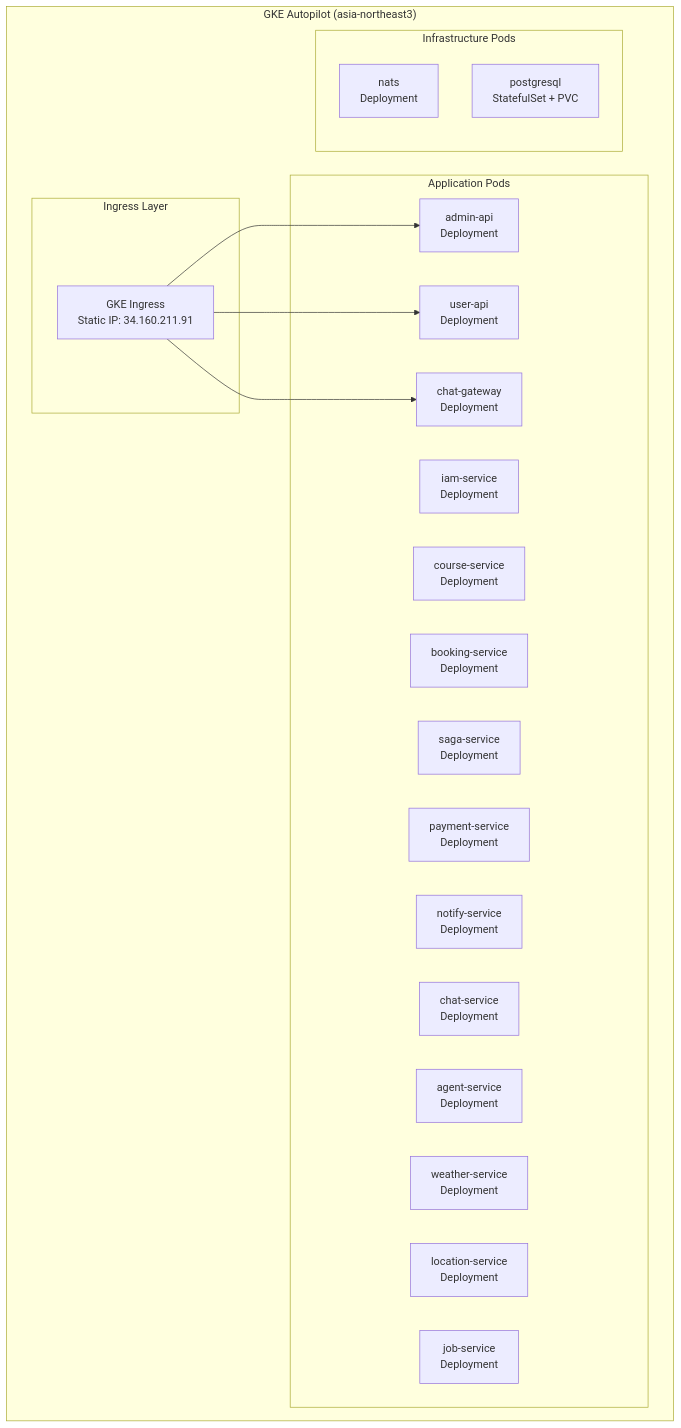
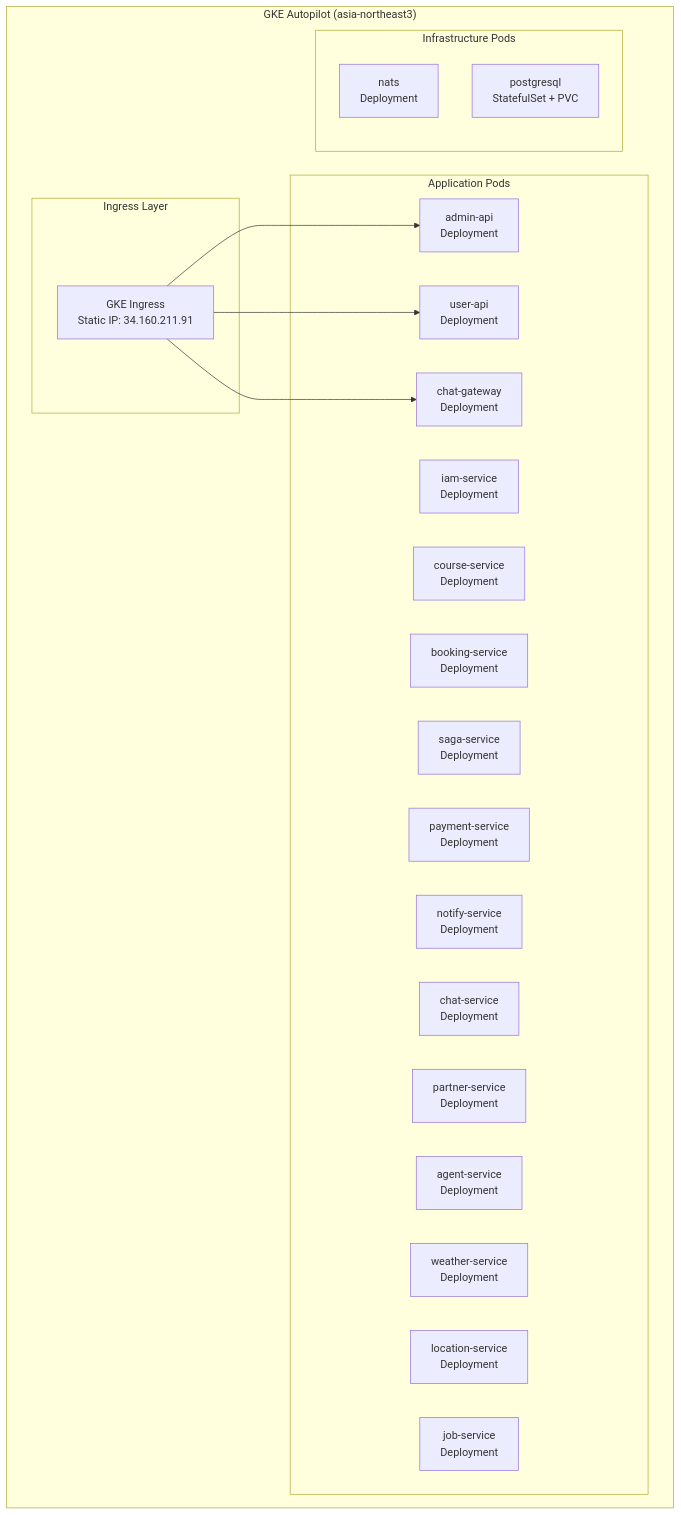
Before and after one commit to uniyous/parkgolf-platform: the fifth of 6 diagrams in docs/architecture/SYSTEM.md, drawn with Mermaid. The commit also changed other lines of this file and 4 other files, not shown here.

First line of the commit message:
docs: 가맹점 분류 체계 및 partner-service 아키텍처 문서 현행화

````diff
--- a/docs/architecture/SYSTEM.md
+++ b/docs/architecture/SYSTEM.md
@@ -707,34 +790,35 @@
 ```mermaid
 graph TD
     subgraph "GKE Autopilot (asia-northeast3)"
         subgraph "Ingress Layer"
             ING[GKE Ingress<br/>Static IP: 34.160.211.91]
         end
 
         subgraph "Application Pods"
             AAPI[admin-api<br/>Deployment]
             UAPI[user-api<br/>Deployment]
             CHATGW[chat-gateway<br/>Deployment]
             IAM[iam-service<br/>Deployment]
             COURSE[course-service<br/>Deployment]
             BOOK[booking-service<br/>Deployment]
             SAGA[saga-service<br/>Deployment]
             PAY[payment-service<br/>Deployment]
             NOTIFY[notify-service<br/>Deployment]
             CHAT[chat-service<br/>Deployment]
+            PARTNER[partner-service<br/>Deployment]
             AGENT[agent-service<br/>Deployment]
             WEATHER[weather-service<br/>Deployment]
             LOCATION[location-service<br/>Deployment]
             JOB[job-service<br/>Deployment]
         end
 
         subgraph "Infrastructure Pods"
             NATS[nats<br/>Deployment]
             PG[postgresql<br/>StatefulSet + PVC]
         end
     end
 
     ING --> AAPI
     ING --> UAPI
     ING --> CHATGW
 ```
````
